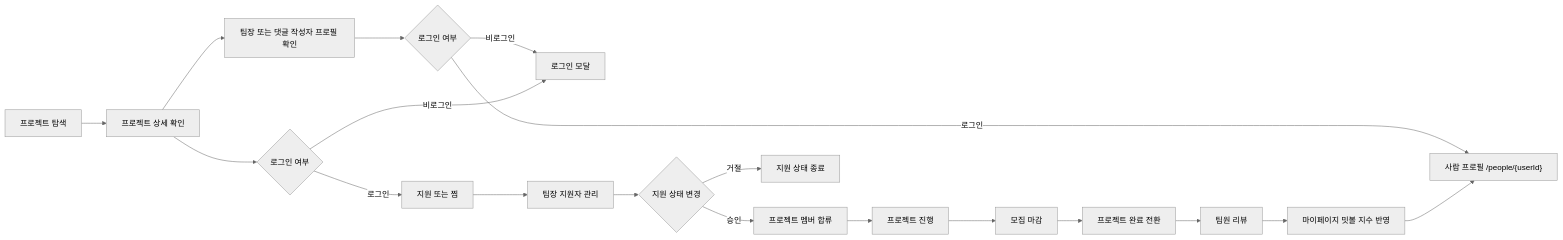
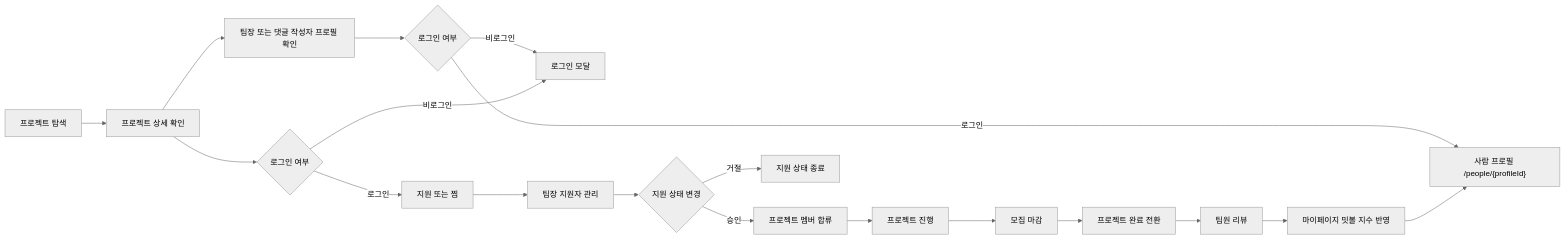
The diagram in README.md (prgrms-aibe-devcourse/AIBE5-Project2-Team01), drawn with Mermaid (neutral theme) before and after one commit. The commit also changed other lines of this file and 33 other files, not shown here.

````diff
--- a/README.md
+++ b/README.md
@@ -113,21 +113,21 @@
 ```mermaid
 flowchart LR
     A[프로젝트 탐색] --> B[프로젝트 상세 확인]
     B --> P[팀장 또는 댓글 작성자 프로필 확인]
     P --> Q{로그인 여부}
     Q -->|비로그인| D
-    Q -->|로그인| R["사람 프로필 /people/{userId}"]
+    Q -->|로그인| R["사람 프로필 /people/{profileId}"]
     B --> C{로그인 여부}
     C -->|비로그인| D[로그인 모달]
     C -->|로그인| E[지원 또는 찜]
     E --> F[팀장 지원자 관리]
     F --> G{지원 상태 변경}
     G -->|승인| H[프로젝트 멤버 합류]
     G -->|거절| I[지원 상태 종료]
     H --> J[프로젝트 진행]
     J --> K[모집 마감]
     K --> L[프로젝트 완료 전환]
     L --> M[팀원 리뷰]
     M --> N[마이페이지 밋볼 지수 반영]
     N --> R
 ```
````
